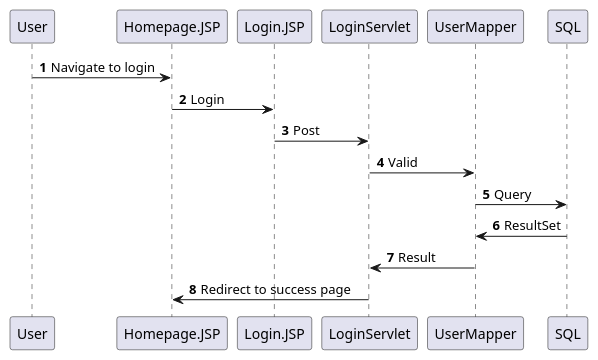
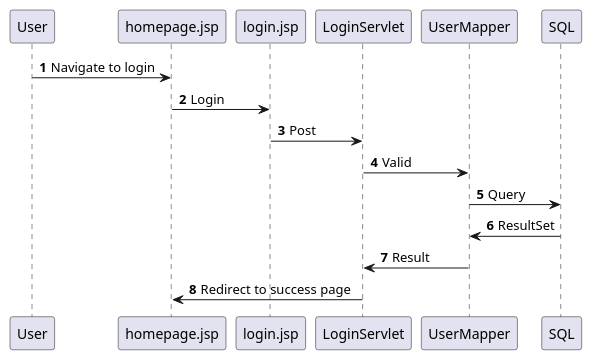
Before and after one commit to HeinLarsen/fog-carport: the diagram in documentation/SqCustomerLogin.puml, drawn with PlantUML. The commit also changed 6 other files, not shown here.

```diff
--- a/documentation/SqCustomerLogin.puml
+++ b/documentation/SqCustomerLogin.puml
@@ -1,14 +1,14 @@
 @startuml
 'https://plantuml.com/sequence-diagram
 
 autonumber
 
-User -> Homepage.JSP: Navigate to login
-Homepage.JSP -> Login.JSP: Login
-Login.JSP -> LoginServlet: Post
+User -> homepage.jsp: Navigate to login
+homepage.jsp -> login.jsp: Login
+login.jsp -> LoginServlet: Post
 LoginServlet -> UserMapper: Valid
 UserMapper -> SQL: Query
 SQL -> UserMapper: ResultSet
 UserMapper -> LoginServlet: Result
-LoginServlet -> Homepage.JSP: Redirect to success page
+LoginServlet -> homepage.jsp: Redirect to success page
 @enduml
```
